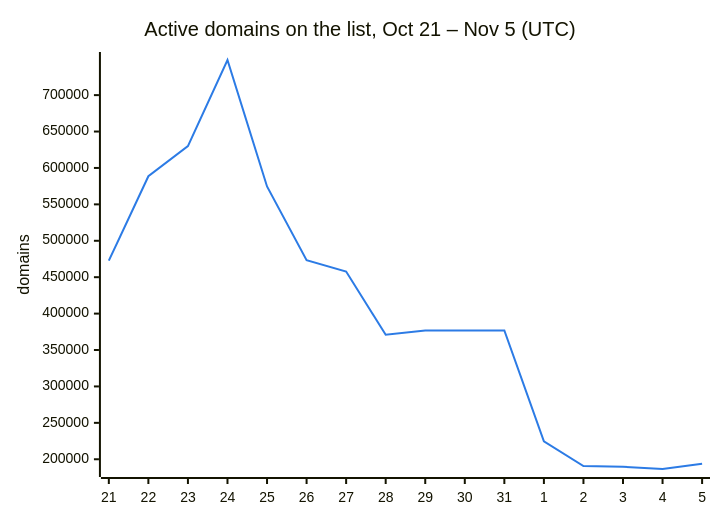
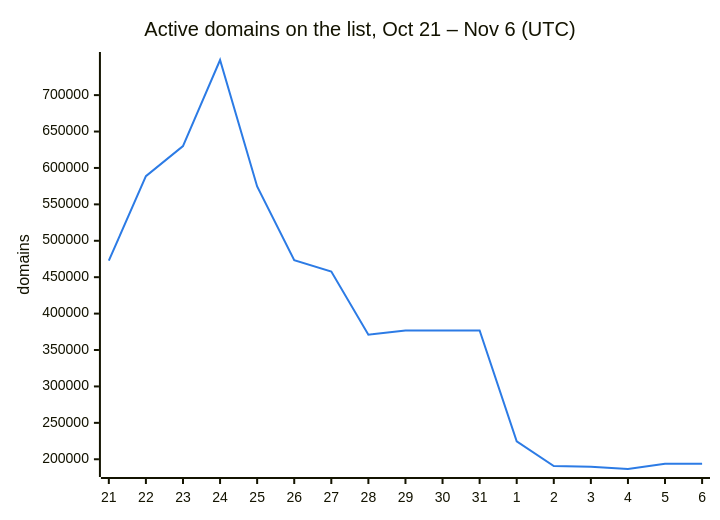
Before and after one commit to DNSBunker/CTI: the second of 3 diagrams in README.md, drawn with Mermaid. The commit also changed other lines of this file and 3 other files, not shown here.

First line of the commit message:
Update 2026-11-06 00:02 UTC: 193935 domains

````diff
--- a/README.md
+++ b/README.md
@@ -38,8 +38,8 @@
 ```mermaid
 %%{init: {"themeVariables": {"xyChart": {"plotColorPalette": "#2c7be5"}}}}%%
 xychart-beta
-    title "Active domains on the list, Oct 21 – Nov 5 (UTC)"
-    x-axis ["21", "22", "23", "24", "25", "26", "27", "28", "29", "30", "31", "1", "2", "3", "4", "5"]
+    title "Active domains on the list, Oct 21 – Nov 6 (UTC)"
+    x-axis ["21", "22", "23", "24", "25", "26", "27", "28", "29", "30", "31", "1", "2", "3", "4", "5", "6"]
     y-axis "domains"
-    line [472713, 588659, 629951, 748222, 574614, 473331, 457795, 371010, 376945, 376945, 376945, 224607, 190603, 189609, 186630, 193754]
+    line [472713, 588659, 629951, 748222, 574614, 473331, 457795, 371010, 376945, 376945, 376945, 224607, 190603, 189609, 186630, 193931, 193935]
 ```
````
